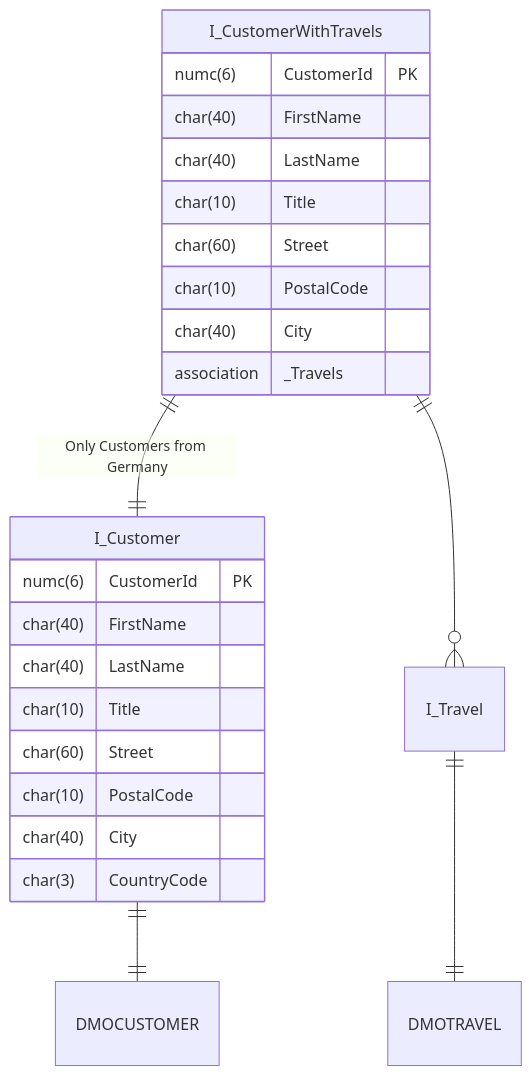
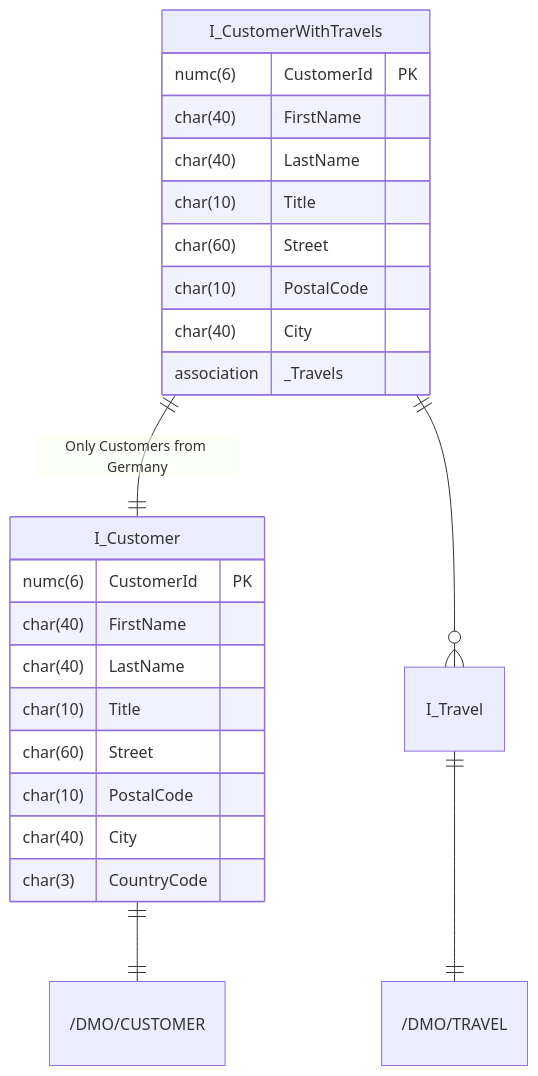
Before and after one commit to appenmaier/s4hana: the diagram in docs/exercises/abap-cds/abap-cds-07.md, drawn with Mermaid. The commit also changed 8 other files, not shown here.

Commit message:
Update Exercise Structure for RAP Exercises and Update Mermaids for ABAP CDS Exercises

````diff
--- a/docs/exercises/abap-cds/abap-cds-07.md
+++ b/docs/exercises/abap-cds/abap-cds-07.md
@@ -11,30 +11,30 @@
 ```mermaid
 erDiagram
 
-    I_Customer ||--|| DMOCUSTOMER : ""
-    I_Travel ||--|| DMOTRAVEL : ""
+    I_Customer ||--|| "/DMO/CUSTOMER" : ""
+    I_Travel ||--|| "/DMO/TRAVEL" : ""
     I_CustomerWithTravels ||--|| I_Customer : "Only Customers from Germany"
     I_CustomerWithTravels ||--o{ I_Travel : ""
 
     I_CustomerWithTravels {
         numc(6) CustomerId PK
         char(40) FirstName
         char(40) LastName
         char(10) Title
         char(60) Street
         char(10) PostalCode
         char(40) City
         association _Travels
     }
 
     I_Customer {
         numc(6) CustomerId PK
         char(40) FirstName
         char(40) LastName
         char(10) Title
         char(60) Street
         char(10) PostalCode
         char(40) City
         char(3) CountryCode
     }
 ```
````
